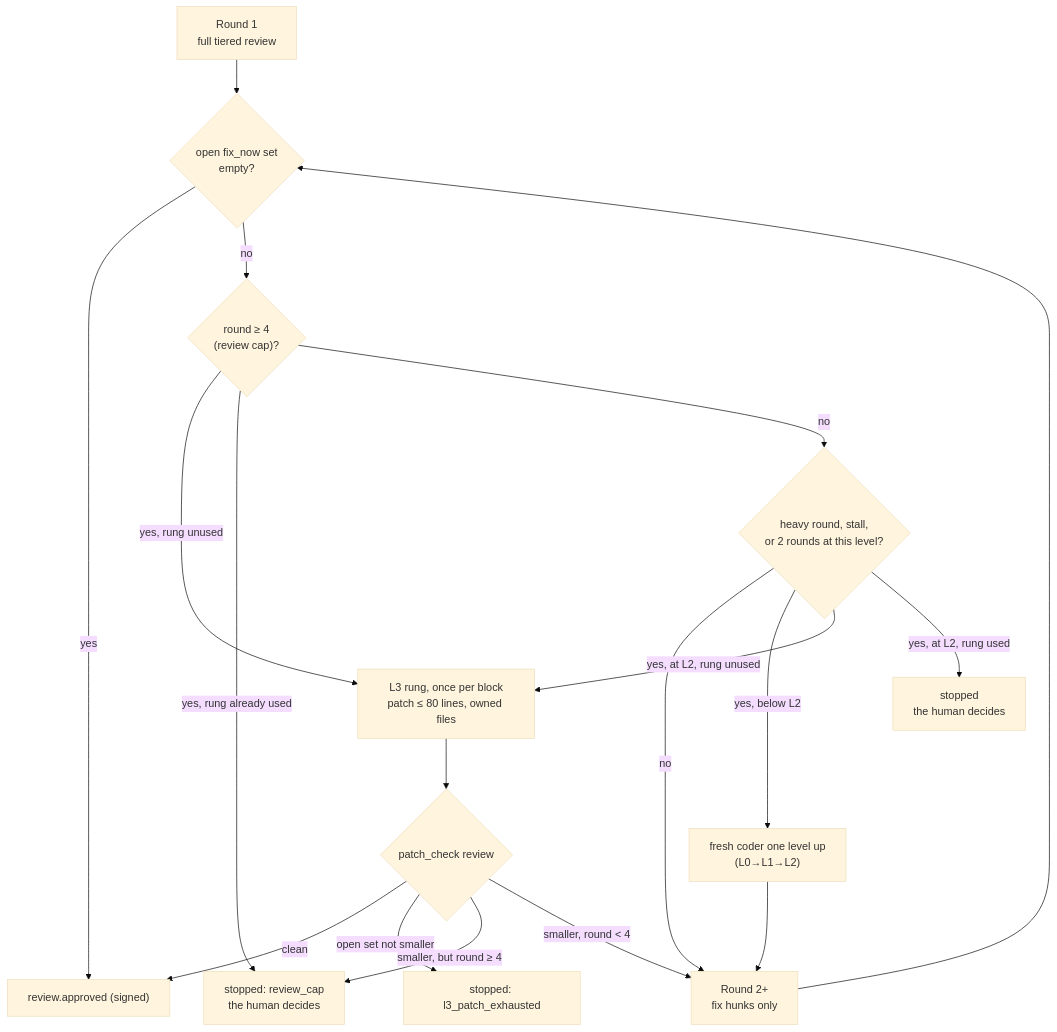
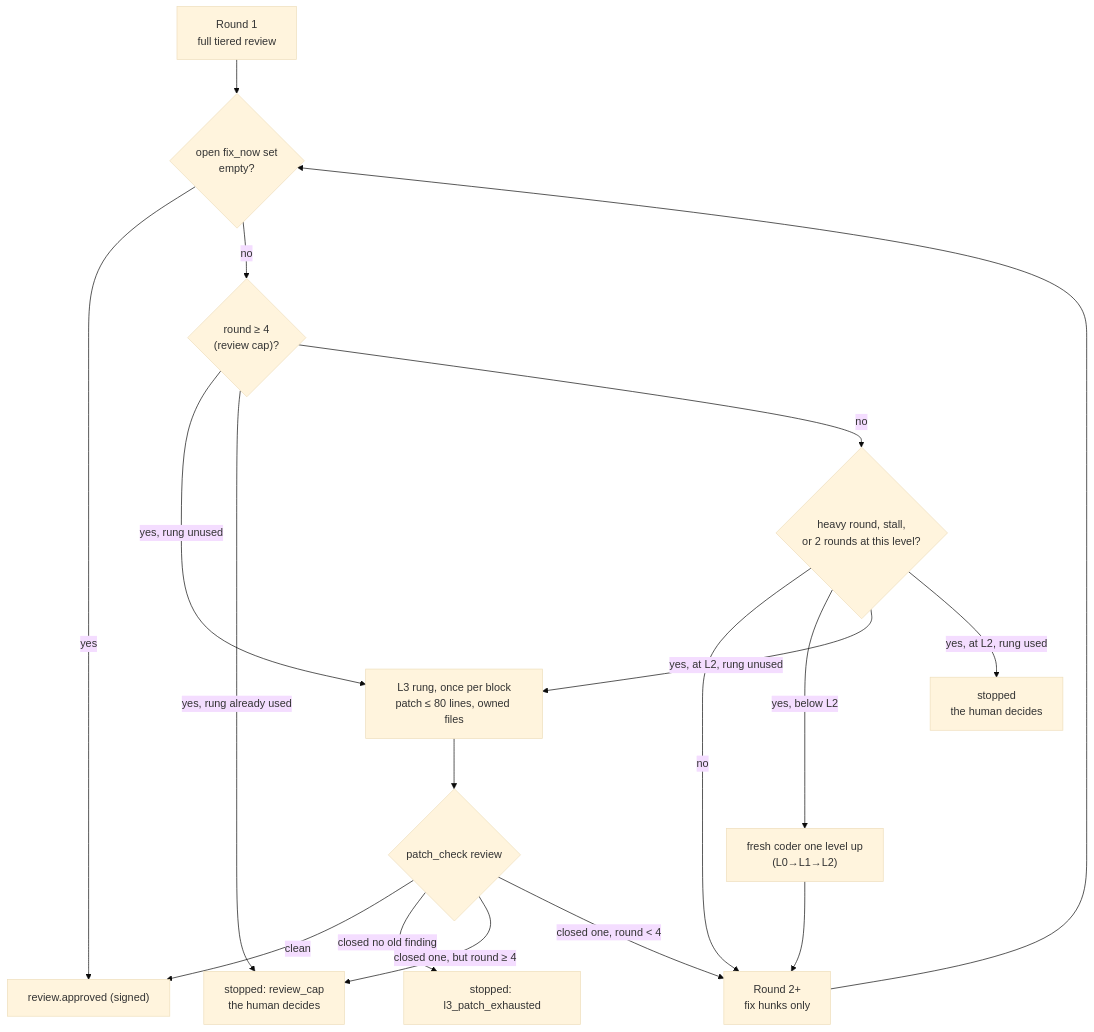
Before and after one commit to ricardov03/code-forge: the second of 2 diagrams in docs/how-it-works.md, drawn with Mermaid (base theme). The commit also changed other lines of this file and 12 other files, not shown here.

Commit message:
Add B73: a patch check that closes at least one finding is progress and continues at L2 under the cap; stopped review-file answers and the gate's review_cap/unreviewed detail list the exits (issue #12)

````diff
--- a/docs/how-it-works.md
+++ b/docs/how-it-works.md
@@ -549,20 +549,20 @@
 ```mermaid
 flowchart TD
   r1["Round 1<br/>full tiered review"] --> done{"open fix_now set<br/>empty?"}
   rn["Round 2+<br/>fix hunks only"] --> done
   done -- yes --> approved["review.approved (signed)"]
   done -- no --> cap{"round ≥ 4<br/>(review cap)?"}
   cap -- "yes, rung unused" --> rung["L3 rung, once per block<br/>patch ≤ 80 lines, owned files"]
   cap -- "yes, rung already used" --> stopcap["stopped: review_cap<br/>the human decides"]
   cap -- no --> trig{"heavy round, stall,<br/>or 2 rounds at this level?"}
   trig -- no --> rn
   trig -- "yes, below L2" --> up["fresh coder one level up<br/>(L0→L1→L2)"]
   up --> rn
   trig -- "yes, at L2, rung unused" --> rung
   trig -- "yes, at L2, rung used" --> stopx["stopped<br/>the human decides"]
   rung --> pc{"patch_check review"}
   pc -- clean --> approved
-  pc -- "open set not smaller" --> stopp["stopped: l3_patch_exhausted"]
-  pc -- "smaller, but round ≥ 4" --> stopcap
-  pc -- "smaller, round < 4" --> rn
+  pc -- "closed no old finding" --> stopp["stopped: l3_patch_exhausted"]
+  pc -- "closed one, but round ≥ 4" --> stopcap
+  pc -- "closed one, round < 4" --> rn
 ```
````
